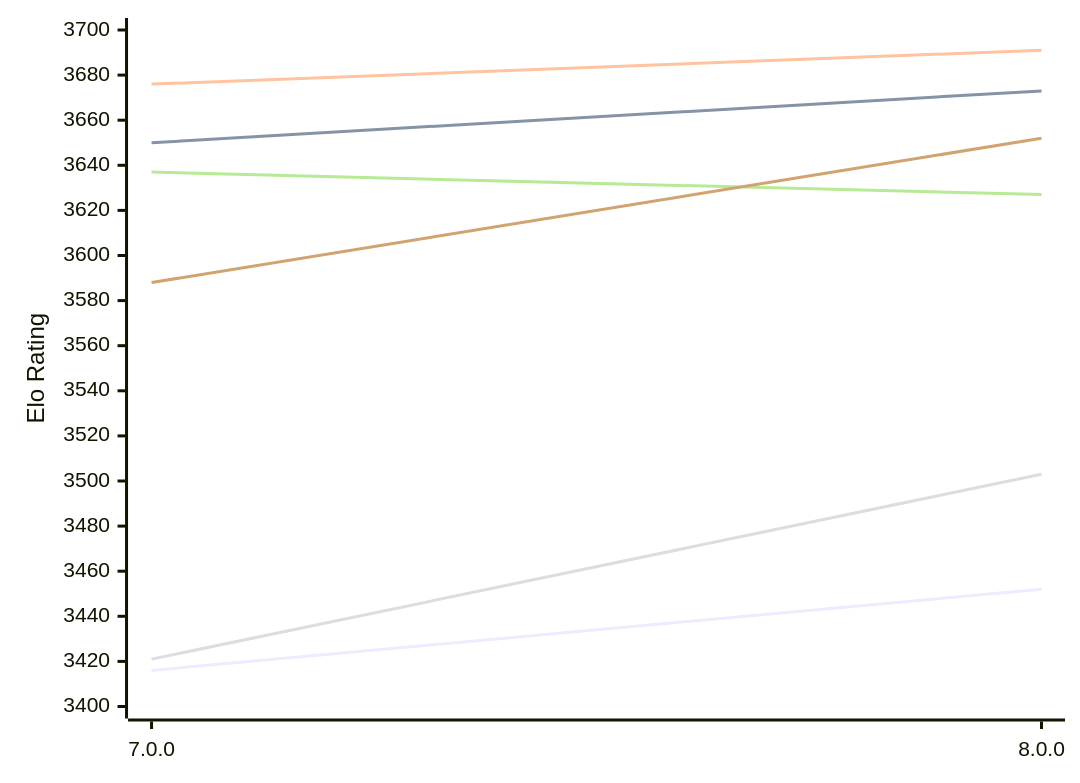
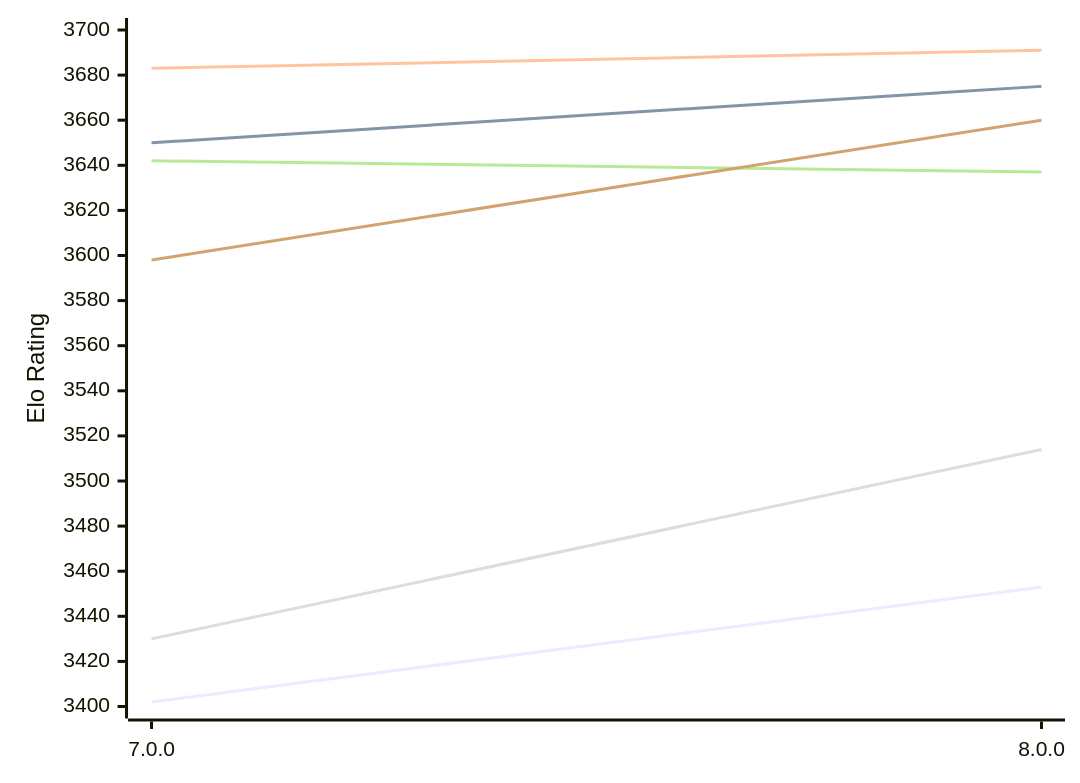
The first of 2 diagrams in engines/PlentyChess.md (computer-chess-index/cci), drawn with Mermaid before and after one commit. The commit also changed other lines of this file, not shown here.

Commit message:
Update CCI Ratings (ELO VLTC) - 2026-11-25

````diff
--- a/engines/PlentyChess.md
+++ b/engines/PlentyChess.md
@@ -55,12 +55,12 @@
 ```mermaid
 %%{init: {"theme":"base","themeVariables":{"seriesColors:['#a3a3a3','#222221','#faa371']}}}%%
 xychart-beta
   x-axis ["7.0.0", "8.0.0"]
   y-axis "Elo Rating" 3400 --> 3700
-  line "E1: STC (8.0+0.08s)" [3416, 3452]
-  line "E1: LTC (60.0+0.60s)" [3650, 3673]
-  line "E1: VLTC (2m24s+1.12s)" [3676, 3691]
-  line "P1: STC (8.0+0.08s)" [3421, 3503]
-  line "P1: LTC (60.0+0.60s)" [3637, 3627]
-  line "P1: VLTC (2m24s+1.12s)" [3588, 3652]
+  line "E1: STC (8.0+0.08s)" [3402, 3453]
+  line "E1: LTC (60.0+0.60s)" [3650, 3675]
+  line "E1: VLTC (2m24s+1.12s)" [3683, 3691]
+  line "P1: STC (8.0+0.08s)" [3430, 3514]
+  line "P1: LTC (60.0+0.60s)" [3642, 3637]
+  line "P1: VLTC (2m24s+1.12s)" [3598, 3660]
 ```
````
